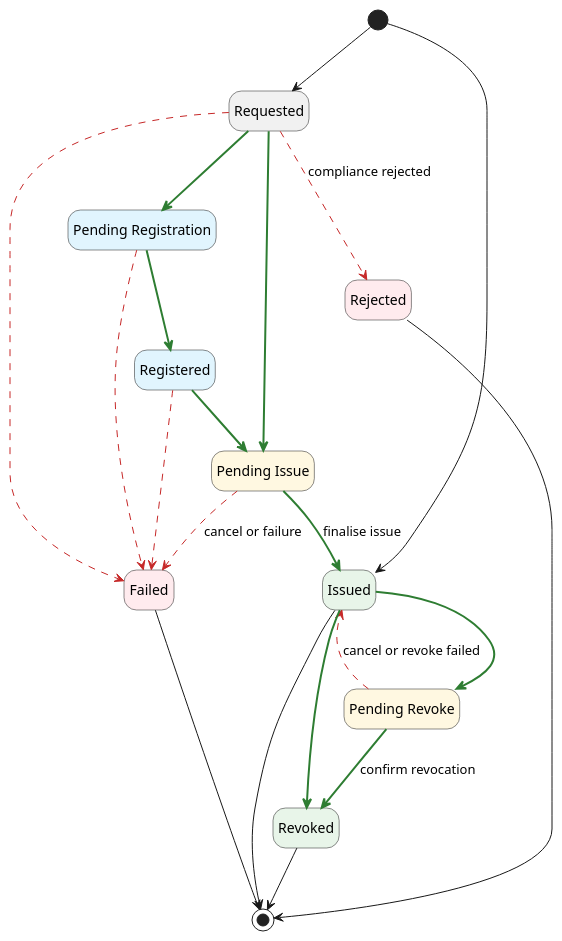
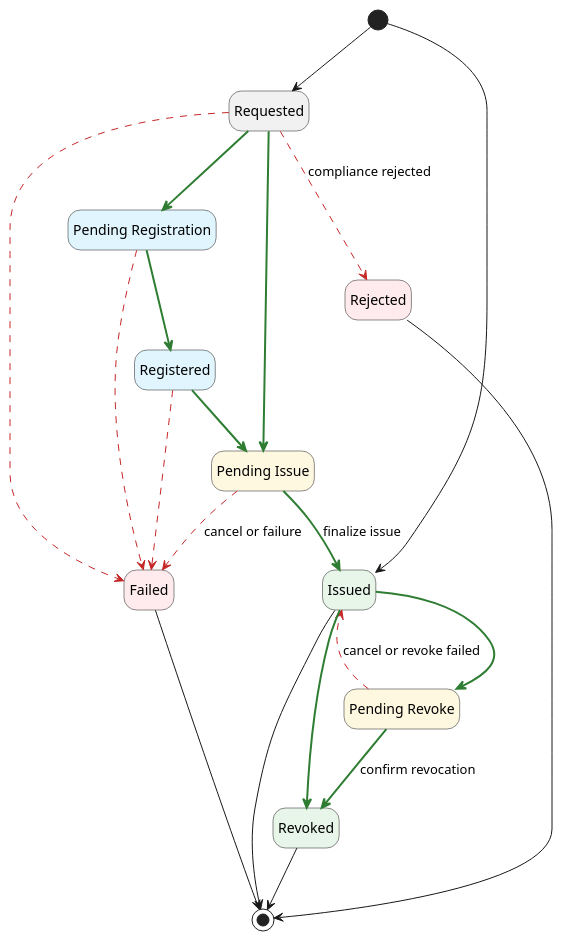
Before and after one commit to CZERTAINLY/CZERTAINLY-Documentation: the first of 6 diagrams in docs/certificate-key/concept-design/core-components/certificate.md, drawn with PlantUML. The commit also changed other lines of this file and 49 other files, not shown here.

````diff
--- a/docs/certificate-key/concept-design/core-components/certificate.md
+++ b/docs/certificate-key/concept-design/core-components/certificate.md
@@ -51,40 +51,40 @@
 ```plantuml
 @startuml
 hide empty description
 
 state "Pending Registration" as PendingRegistration #E1F5FE
 state "Registered" as Registered #E1F5FE
 state "Pending Issue" as PendingIssue #FFF8E1
 state "Pending Revoke" as PendingRevoke #FFF8E1
 state "Issued" as Issued #E8F5E9
 state "Revoked" as Revoked #E8F5E9
 state "Failed" as Failed #FFEBEE
 state "Rejected" as Rejected #FFEBEE
 
 [*] --> Requested
 [*] --> Issued
 
 ' forward progress
 Requested -[#2E7D32,bold]-> PendingIssue
-PendingIssue -[#2E7D32,bold]-> Issued : finalise issue
+PendingIssue -[#2E7D32,bold]-> Issued : finalize issue
 Requested -[#2E7D32,bold]-> PendingRegistration
 PendingRegistration -[#2E7D32,bold]-> Registered
 Registered -[#2E7D32,bold]-> PendingIssue
 Issued -[#2E7D32,bold]-> PendingRevoke
 PendingRevoke -[#2E7D32,bold]-> Revoked : confirm revocation
 Issued -[#2E7D32,bold]-> Revoked
 
 ' failure / rejection / restore
 Requested -[#C62828,dashed]-> Failed
 Requested -[#C62828,dashed]-> Rejected : compliance rejected
 PendingIssue -[#C62828,dashed]-> Failed : cancel or failure
 PendingRegistration -[#C62828,dashed]-> Failed
 Registered -[#C62828,dashed]-> Failed
 PendingRevoke -[#C62828,dashed]-> Issued : cancel or revoke failed
 
 Rejected --> [*]
 Failed --> [*]
 Issued --> [*]
 Revoked --> [*]
 @enduml
 ```
````
